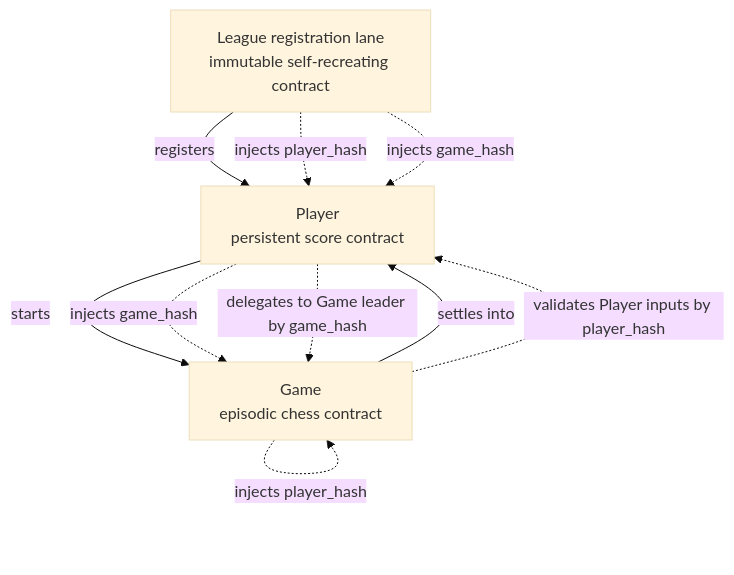
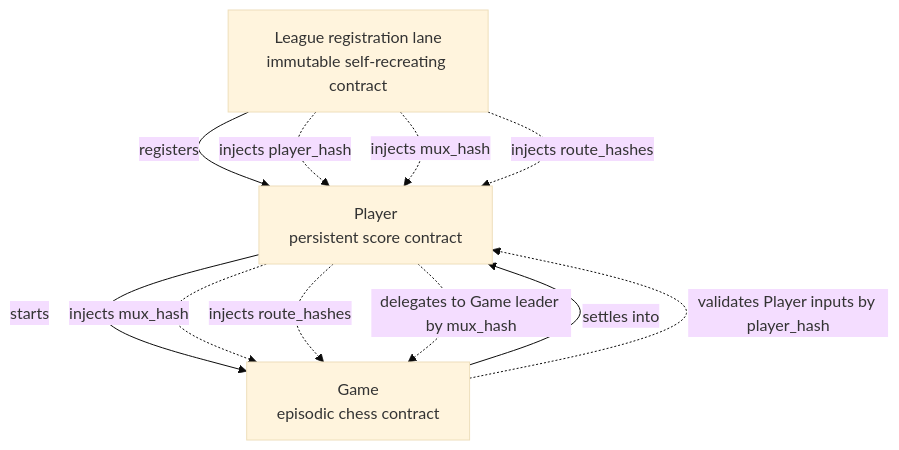
Before and after one commit to michaelsutton/silverscript: the first of 2 diagrams in examples/chess/book/src/dependencies.md, drawn with Mermaid (base theme). The commit also changed other lines of this file and 4 other files, not shown here.

Commit message:
add player-led game start flow

````diff
--- a/examples/chess/book/src/dependencies.md
+++ b/examples/chess/book/src/dependencies.md
@@ -5,19 +5,20 @@
 ```mermaid
 flowchart TD
     L[League registration lane<br/>immutable self-recreating contract]
     P[Player<br/>persistent score contract]
     G[Game<br/>episodic chess contract]
 
     L -- registers --> P
     P -- starts --> G
     G -- settles into --> P
 
     L -. injects player_hash .-> P
-    L -. injects game_hash .-> P
+    L -. injects mux_hash .-> P
+    L -. injects route_hashes .-> P
 
-    P -. injects game_hash .-> G
-    G -. injects player_hash .-> G
+    P -. injects mux_hash .-> G
+    P -. injects route_hashes .-> G
 
     G -. validates Player inputs by player_hash .-> P
-    P -. delegates to Game leader by game_hash .-> G
+    P -. delegates to Game leader by mux_hash .-> G
 ```
````
